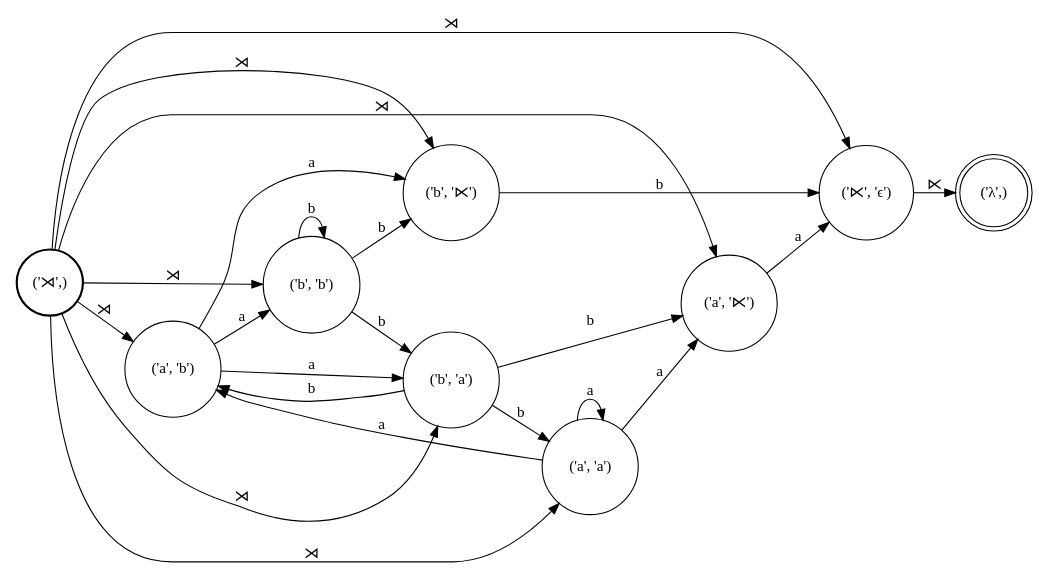
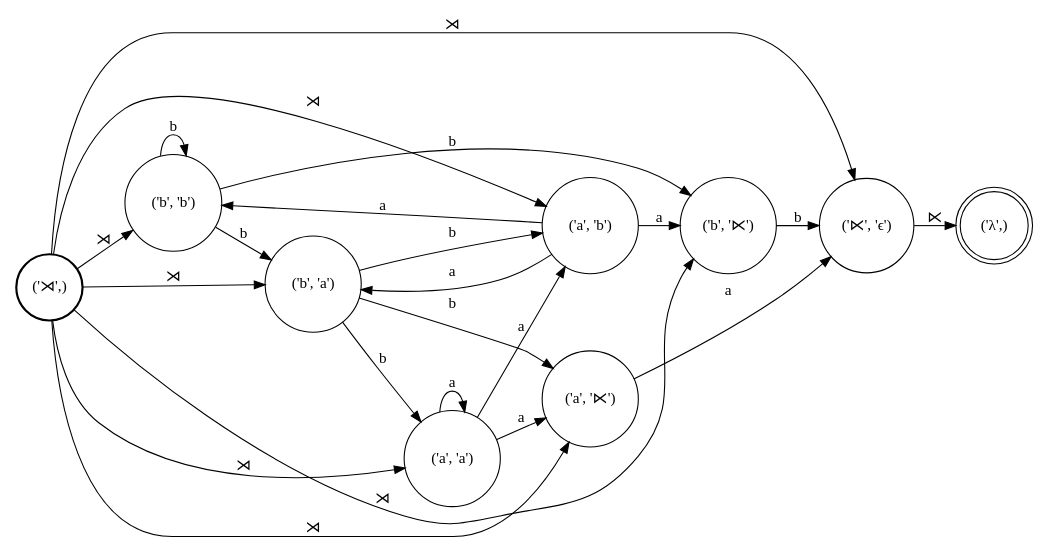
One commit to colincwilson/wynini changed the diagram in demo/R.dot. Above: the diagram before and after it, drawn with Graphviz. The commit also changed 8 other files, not shown here.

```diff
--- a/demo/R.dot
+++ b/demo/R.dot
@@ -1,39 +1,39 @@
 digraph FST {
 rankdir = LR;
 size = "8.5,11";
 center = 1;
 orientation = Portrait;
 ranksep = "0.4";
 nodesep = "0.25";
 8 [label = "('⋊',)", shape = circle, style = bold, fontsize = 14]
-	8 -> 2 [label = "⋊", fontsize = 14];
-	8 -> 5 [label = "⋊", fontsize = 14];
 	8 -> 6 [label = "⋊", fontsize = 14];
+	8 -> 4 [label = "⋊", fontsize = 14];
 	8 -> 3 [label = "⋊", fontsize = 14];
 	8 -> 1 [label = "⋊", fontsize = 14];
-	8 -> 4 [label = "⋊", fontsize = 14];
+	8 -> 5 [label = "⋊", fontsize = 14];
+	8 -> 2 [label = "⋊", fontsize = 14];
 	8 -> 7 [label = "⋊", fontsize = 14];
 0 [label = "('λ',)", shape = doublecircle, style = solid, fontsize = 14]
 1 [label = "('⋉', 'ϵ')", shape = circle, style = solid, fontsize = 14]
 	1 -> 0 [label = "⋉", fontsize = 14];
 2 [label = "('b', '⋉')", shape = circle, style = solid, fontsize = 14]
 	2 -> 1 [label = "b", fontsize = 14];
 3 [label = "('a', '⋉')", shape = circle, style = solid, fontsize = 14]
 	3 -> 1 [label = "a", fontsize = 14];
-4 [label = "('b', 'b')", shape = circle, style = solid, fontsize = 14]
-	4 -> 2 [label = "b", fontsize = 14];
-	4 -> 6 [label = "b", fontsize = 14];
-	4 -> 4 [label = "b", fontsize = 14];
-5 [label = "('a', 'b')", shape = circle, style = solid, fontsize = 14]
-	5 -> 2 [label = "a", fontsize = 14];
-	5 -> 6 [label = "a", fontsize = 14];
-	5 -> 4 [label = "a", fontsize = 14];
-6 [label = "('b', 'a')", shape = circle, style = solid, fontsize = 14]
-	6 -> 3 [label = "b", fontsize = 14];
-	6 -> 5 [label = "b", fontsize = 14];
-	6 -> 7 [label = "b", fontsize = 14];
-7 [label = "('a', 'a')", shape = circle, style = solid, fontsize = 14]
-	7 -> 3 [label = "a", fontsize = 14];
-	7 -> 5 [label = "a", fontsize = 14];
-	7 -> 7 [label = "a", fontsize = 14];
+4 [label = "('b', 'a')", shape = circle, style = solid, fontsize = 14]
+	4 -> 3 [label = "b", fontsize = 14];
+	4 -> 7 [label = "b", fontsize = 14];
+	4 -> 5 [label = "b", fontsize = 14];
+5 [label = "('a', 'a')", shape = circle, style = solid, fontsize = 14]
+	5 -> 3 [label = "a", fontsize = 14];
+	5 -> 7 [label = "a", fontsize = 14];
+	5 -> 5 [label = "a", fontsize = 14];
+6 [label = "('b', 'b')", shape = circle, style = solid, fontsize = 14]
+	6 -> 2 [label = "b", fontsize = 14];
+	6 -> 6 [label = "b", fontsize = 14];
+	6 -> 4 [label = "b", fontsize = 14];
+7 [label = "('a', 'b')", shape = circle, style = solid, fontsize = 14]
+	7 -> 2 [label = "a", fontsize = 14];
+	7 -> 6 [label = "a", fontsize = 14];
+	7 -> 4 [label = "a", fontsize = 14];
 }
```
